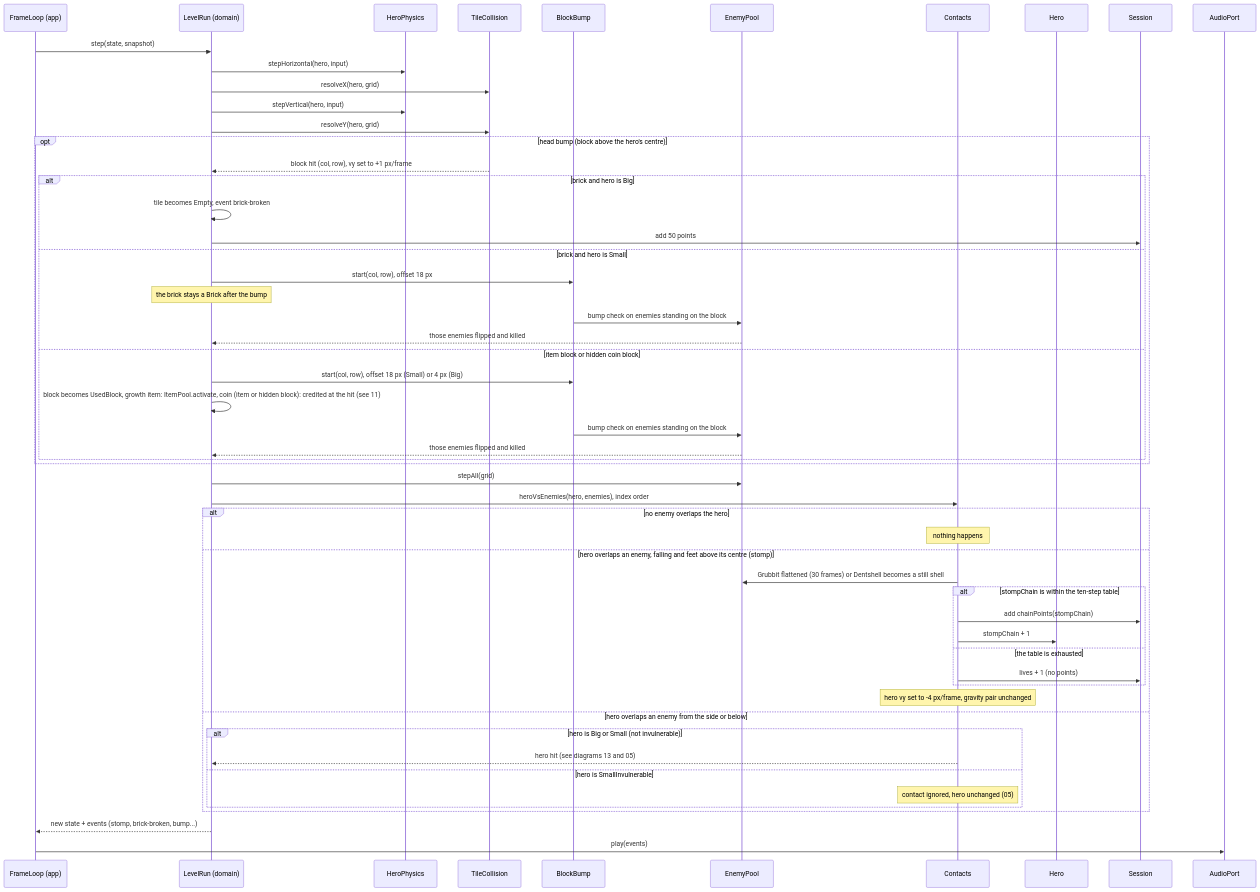
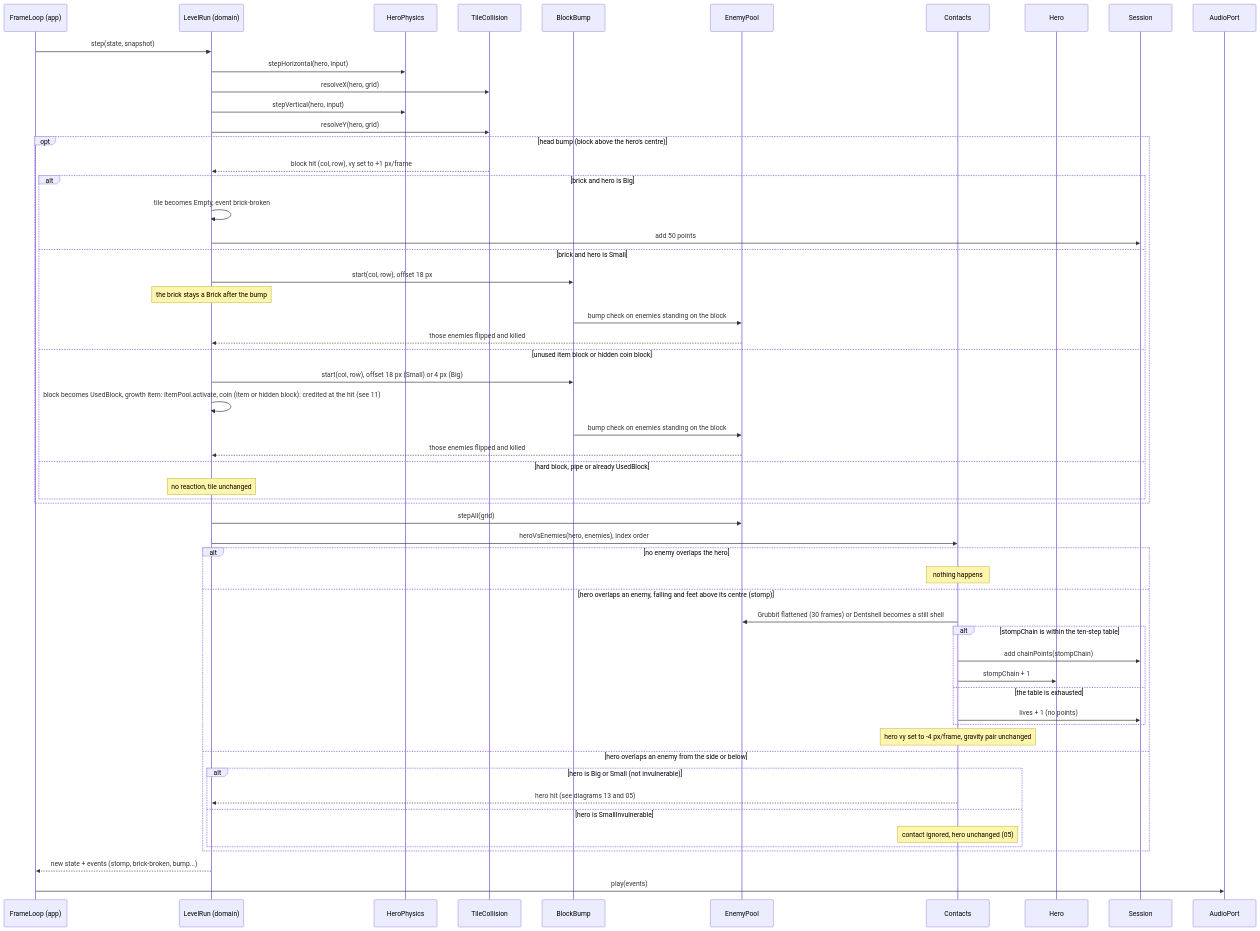
Before and after one commit to benoit-bremaud/retro-plumber: the diagram in docs/architecture/diagrams/gameplay/10-sequence-collisions.md, drawn with Mermaid. The commit also changed 1 other file, not shown here.

Commit message:
docs(uml): non-reactive blocks and active items in 10, 11 (#7)

````diff
--- a/docs/architecture/diagrams/gameplay/10-sequence-collisions.md
+++ b/docs/architecture/diagrams/gameplay/10-sequence-collisions.md
@@ -14,57 +14,59 @@
 ```mermaid
 sequenceDiagram
     participant FL as FrameLoop (app)
     participant LR as LevelRun (domain)
     participant HP as HeroPhysics
     participant TC as TileCollision
     participant BB as BlockBump
     participant EP as EnemyPool
     participant Ct as Contacts
     participant H as Hero
     participant Sess as Session
     participant Snd as AudioPort
     FL->>LR: step(state, snapshot)
     LR->>HP: stepHorizontal(hero, input)
     LR->>TC: resolveX(hero, grid)
     LR->>HP: stepVertical(hero, input)
     LR->>TC: resolveY(hero, grid)
     opt head bump (block above the hero's centre)
         TC-->>LR: block hit (col, row), vy set to +1 px/frame
         alt brick and hero is Big
             LR->>LR: tile becomes Empty, event brick-broken
             LR->>Sess: add 50 points
         else brick and hero is Small
             LR->>BB: start(col, row), offset 18 px
             Note over LR: the brick stays a Brick after the bump
             BB->>EP: bump check on enemies standing on the block
             EP-->>LR: those enemies flipped and killed
-        else item block or hidden coin block
+        else unused item block or hidden coin block
             LR->>BB: start(col, row), offset 18 px (Small) or 4 px (Big)
             LR->>LR: block becomes UsedBlock, growth item: ItemPool.activate, coin (item or hidden block): credited at the hit (see 11)
             BB->>EP: bump check on enemies standing on the block
             EP-->>LR: those enemies flipped and killed
+        else hard block, pipe or already UsedBlock
+            Note over LR: no reaction, tile unchanged
         end
     end
     LR->>EP: stepAll(grid)
     LR->>Ct: heroVsEnemies(hero, enemies), index order
     alt no enemy overlaps the hero
         Note over Ct: nothing happens
     else hero overlaps an enemy, falling and feet above its centre (stomp)
         Ct->>EP: Grubbit flattened (30 frames) or Dentshell becomes a still shell
         alt stompChain is within the ten-step table
             Ct->>Sess: add chainPoints(stompChain)
             Ct->>H: stompChain + 1
         else the table is exhausted
             Ct->>Sess: lives + 1 (no points)
         end
         Note over Ct: hero vy set to -4 px/frame, gravity pair unchanged
     else hero overlaps an enemy from the side or below
         alt hero is Big or Small (not invulnerable)
             Ct-->>LR: hero hit (see diagrams 13 and 05)
         else hero is SmallInvulnerable
             Note over Ct: contact ignored, hero unchanged (05)
         end
     end
     LR-->>FL: new state + events (stomp, brick-broken, bump...)
     FL->>Snd: play(events)
 ```
````
